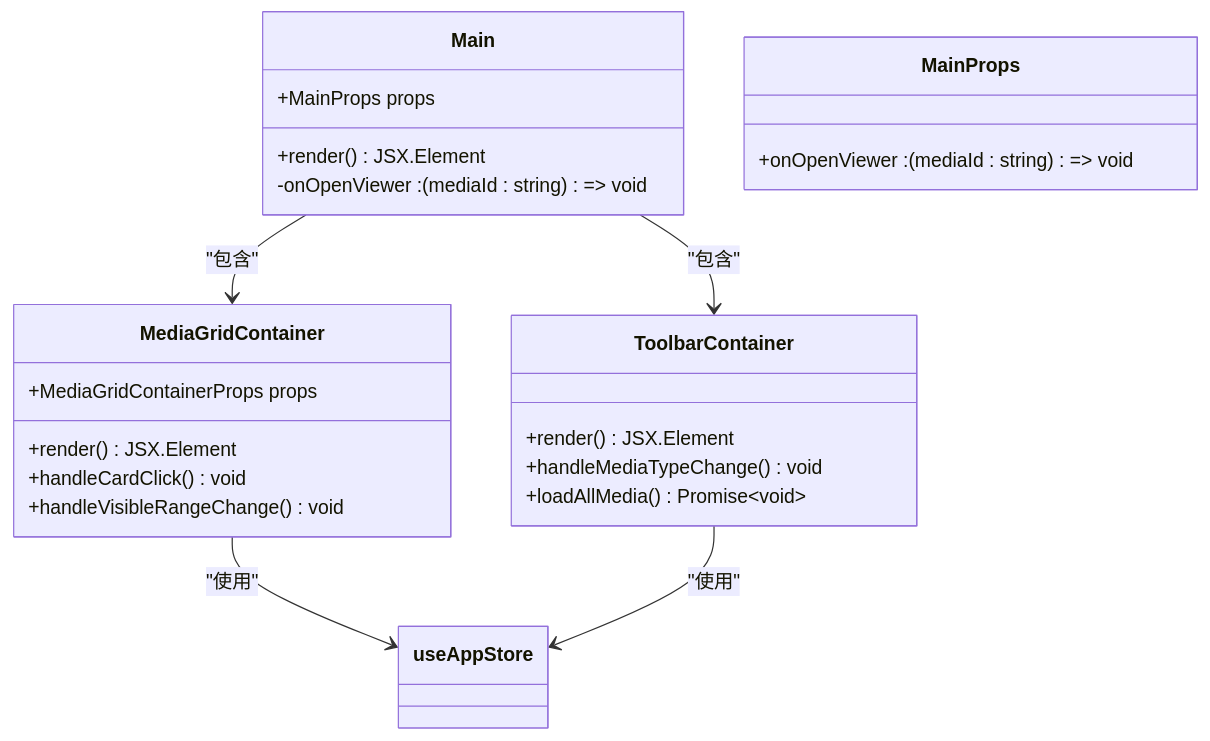
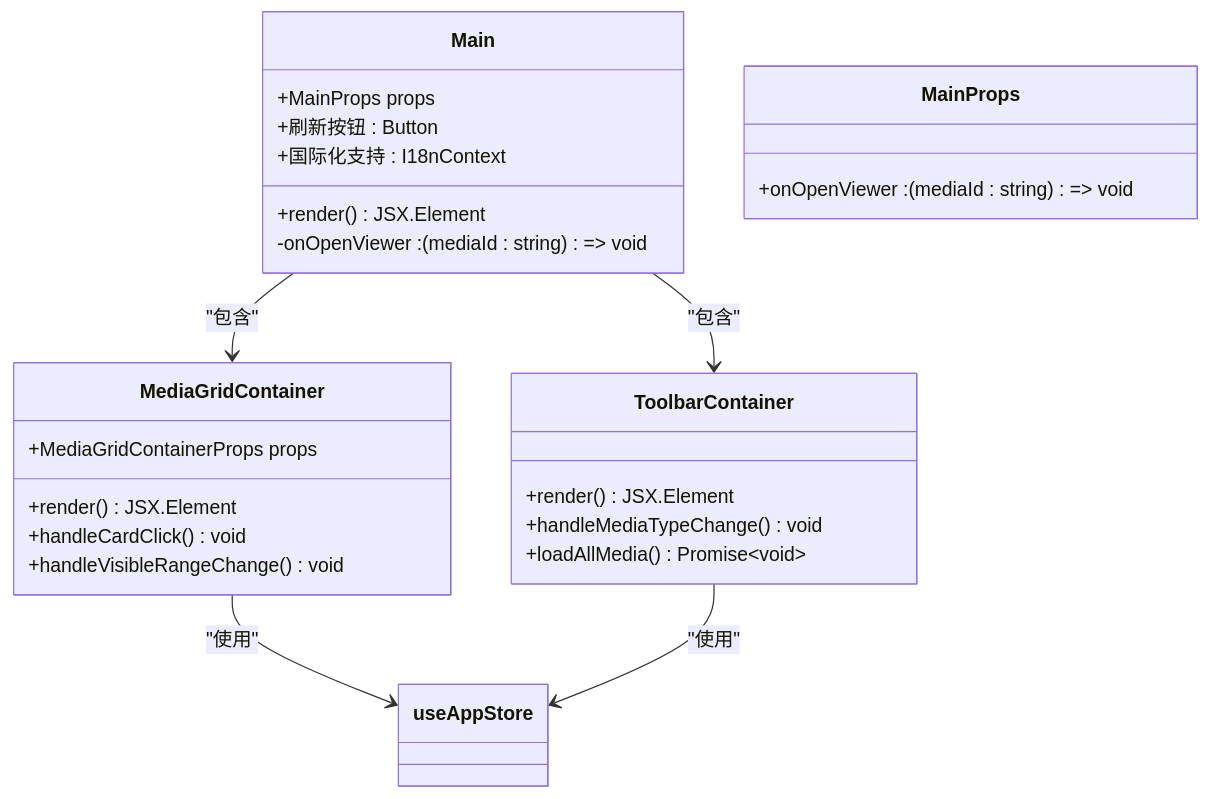
The fifth of 15 diagrams in doc/repowiki/zh/content/前端开发/UI 组件详解/主内容组件 (Main).md (YLee9527/Medex), drawn with Mermaid before and after one commit. The commit also changed other lines of this file and 31 other files, not shown here.

First line of the commit message:
docs(doc): 添加部署脚本、锁屏功能、发布指南及设置按钮图标文档

````diff
--- a/doc/repowiki/zh/content/前端开发/UI 组件详解/主内容组件 (Main).md
+++ b/doc/repowiki/zh/content/前端开发/UI 组件详解/主内容组件 (Main).md
@@ -199,26 +234,28 @@
 ```mermaid
 classDiagram
 class Main {
 +MainProps props
 +render() JSX.Element
 -onOpenViewer : (mediaId : string) => void
++刷新按钮 : Button
++国际化支持 : I18nContext
 }
 class MainProps {
 +onOpenViewer : (mediaId : string) => void
 }
 class MediaGridContainer {
 +MediaGridContainerProps props
 +render() JSX.Element
 +handleCardClick() void
 +handleVisibleRangeChange() void
 }
 class ToolbarContainer {
 +render() JSX.Element
 +handleMediaTypeChange() void
 +loadAllMedia() Promise~void~
 }
 Main --> MediaGridContainer : "包含"
 Main --> ToolbarContainer : "包含"
 MediaGridContainer --> useAppStore : "使用"
 ToolbarContainer --> useAppStore : "使用"
 ```
````
